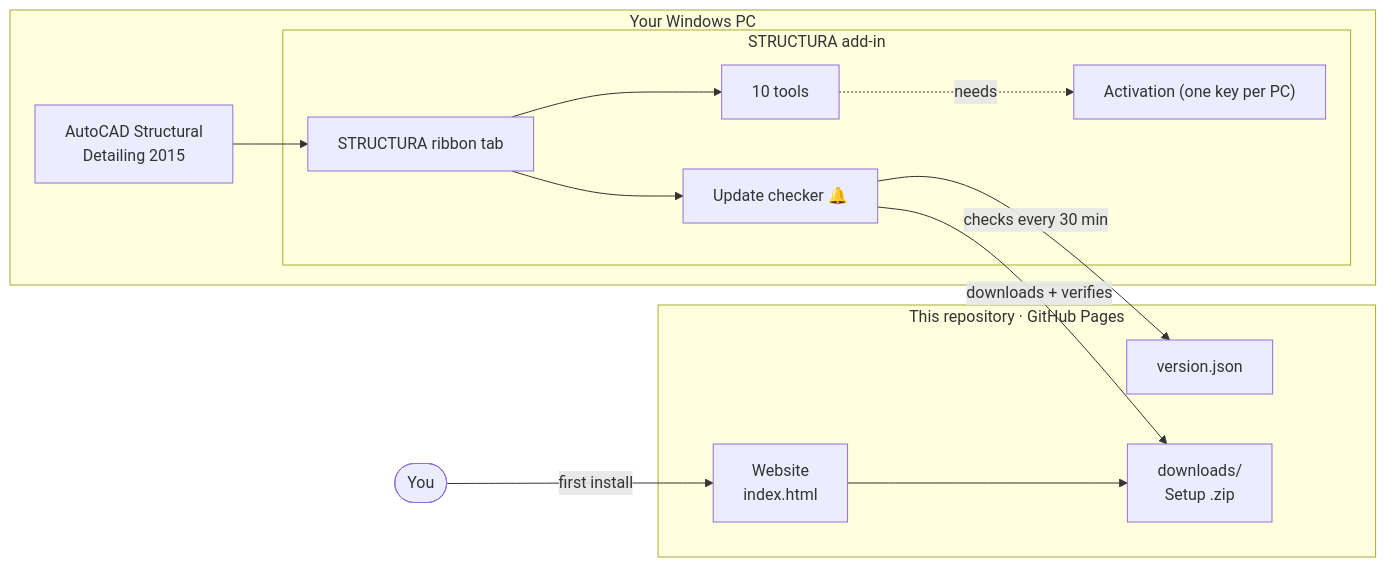
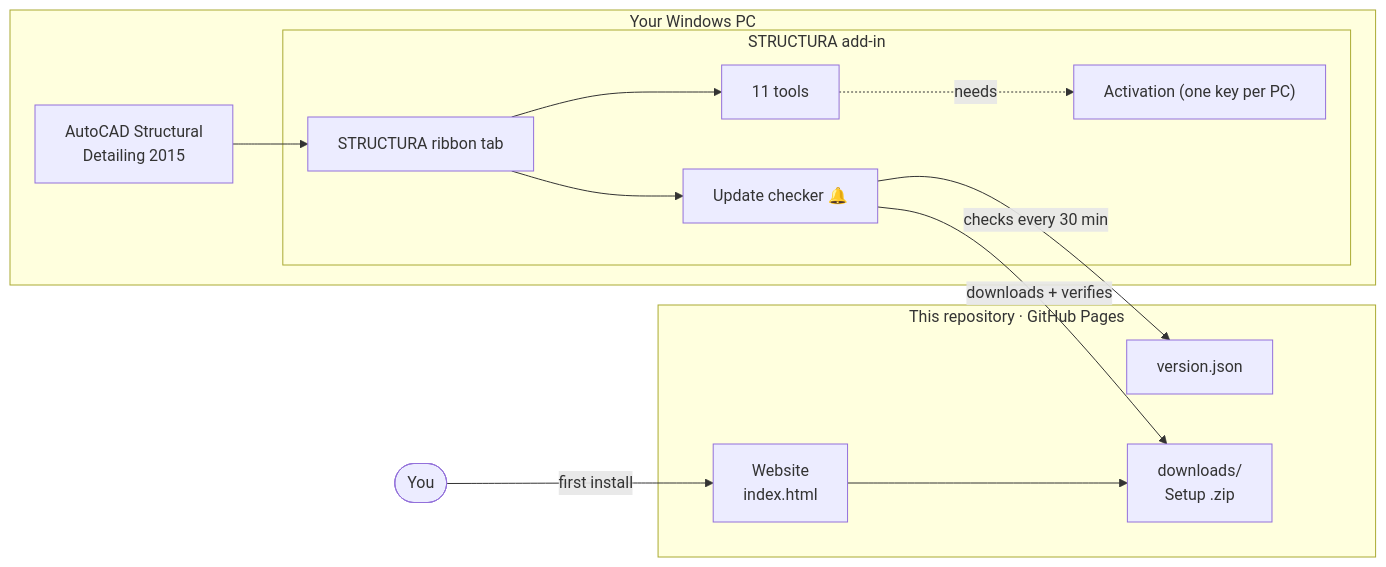
One commit to baraa2x-hub/STRUCTURA-ASD changed the first of 2 diagrams in README.md. Above: the diagram before and after it, drawn with Mermaid. The commit also changed other lines of this file and 7 other files, not shown here.

````diff
--- a/README.md
+++ b/README.md
@@ -51,23 +52,23 @@
 ```mermaid
 flowchart LR
     subgraph PC["Your Windows PC"]
         ASD["AutoCAD Structural<br/>Detailing 2015"]
         subgraph ADDIN["STRUCTURA add-in"]
             TAB["STRUCTURA ribbon tab"]
-            TOOLS["10 tools"]
+            TOOLS["11 tools"]
             UPD["Update checker 🔔"]
             LIC["Activation (one key per PC)"]
         end
         ASD --> TAB --> TOOLS
         TAB --> UPD
         TOOLS -. needs .-> LIC
     end
     subgraph WEB["This repository · GitHub Pages"]
         SITE["Website<br/>index.html"]
         VER["version.json"]
         ZIP["downloads/<br/>Setup .zip"]
     end
     UPD -- "checks every 30 min" --> VER
     UPD -- "downloads + verifies" --> ZIP
     USER(["You"]) -- "first install" --> SITE --> ZIP
 ```
````
